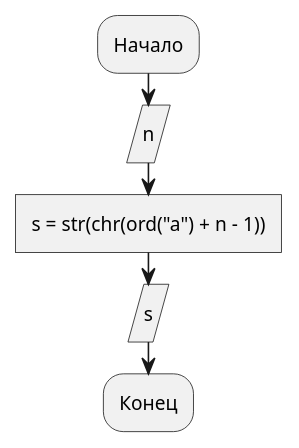
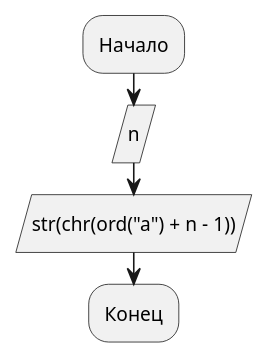
One commit to iatsuk/geekbrains changed the diagram in python_algo/lesson01/task6.puml. Above: the diagram before and after it, drawn with PlantUML. The commit also changed 11 other files, not shown here.

```diff
--- a/python_algo/lesson01/task6.puml
+++ b/python_algo/lesson01/task6.puml
@@ -1,7 +1,6 @@
 @startuml
 :Начало;
 :n/
-:s = str(chr(ord("a") + n - 1))]
-:s/
+:str(chr(ord("a") + n - 1))/
 :Конец;
 @enduml
```
